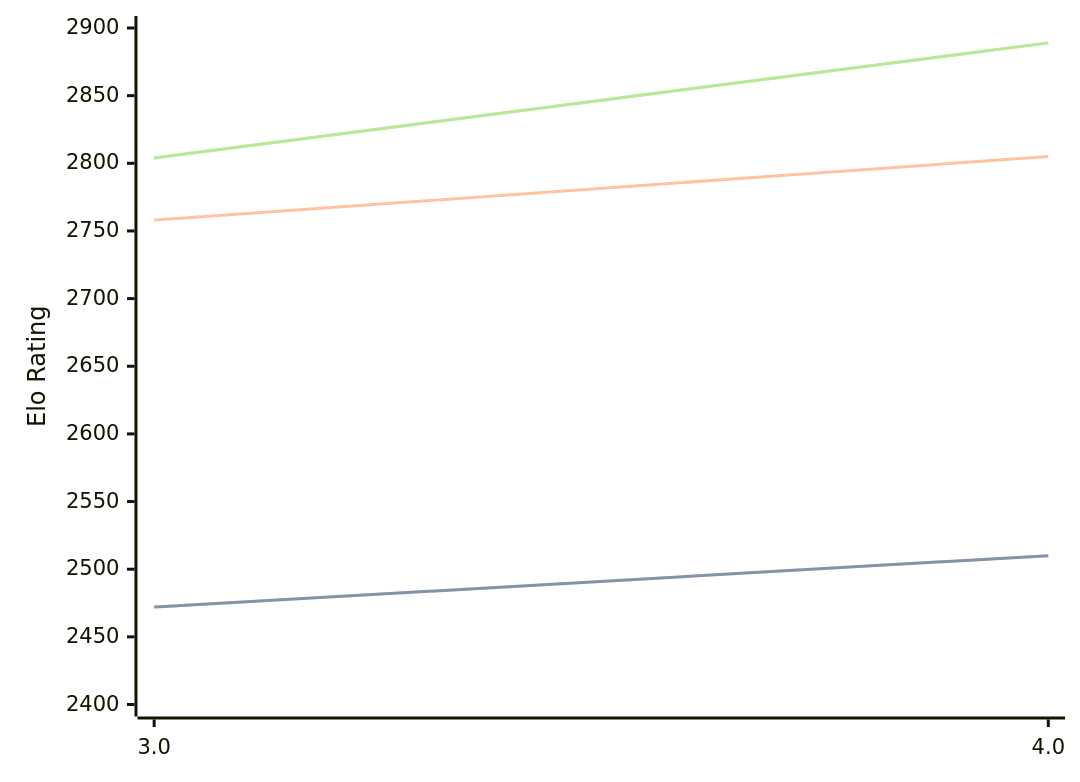
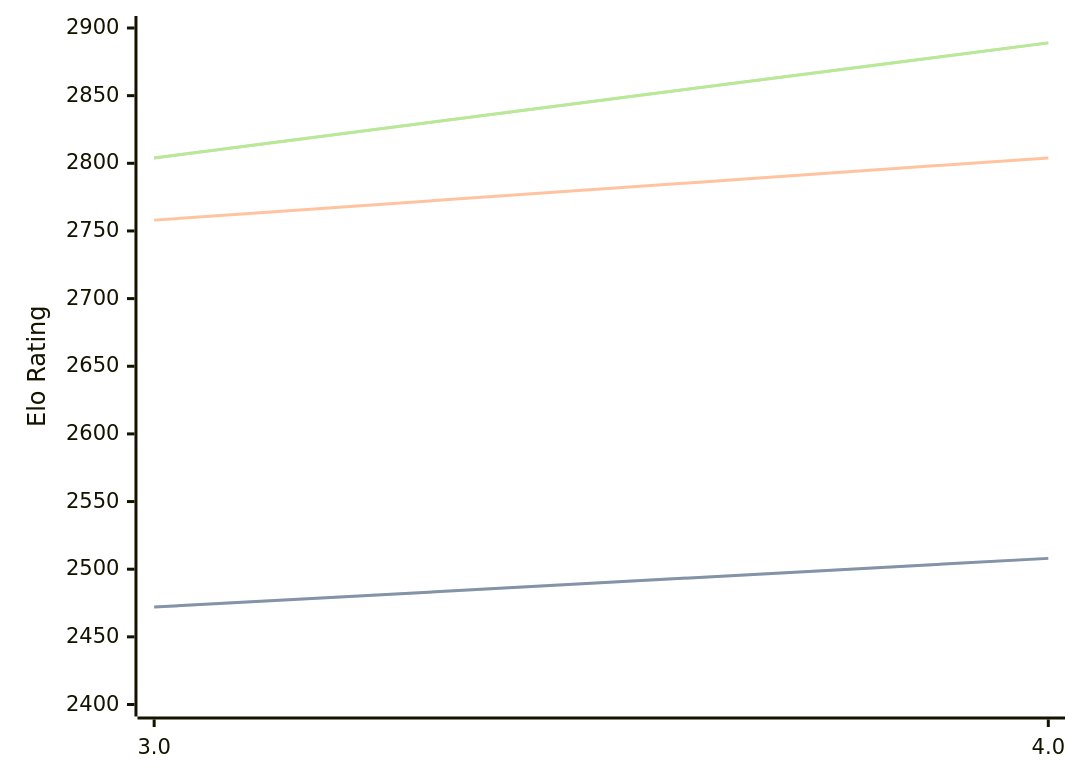
Before and after one commit to computer-chess-index/cci: the diagram in engines/Chess3.md, drawn with Mermaid. The commit also changed other lines of this file, not shown here.

````diff
--- a/engines/Chess3.md
+++ b/engines/Chess3.md
@@ -32,11 +32,11 @@
 ```mermaid
 %%{init: {"theme":"base","themeVariables":{"seriesColors:['#a3a3a3','#222221','#faa371']}}}%%
 xychart-beta
   x-axis ["3.0", "4.0"]
   y-axis "Elo Rating" 2400 --> 2900
-  line "" [2472, 2510]
-  line "STC (8.0+0.08s)" [2472, 2510]
-  line "LTC (60.0+0.60s)" [2758, 2805]
+  line "" [2472, 2508]
+  line "STC (8.0+0.08s)" [2472, 2508]
+  line "LTC (60.0+0.60s)" [2758, 2804]
   line "" [2804, 2889]
   line "VLTC (2m24s+1.12s)" [2804, 2889]
 ```
````
